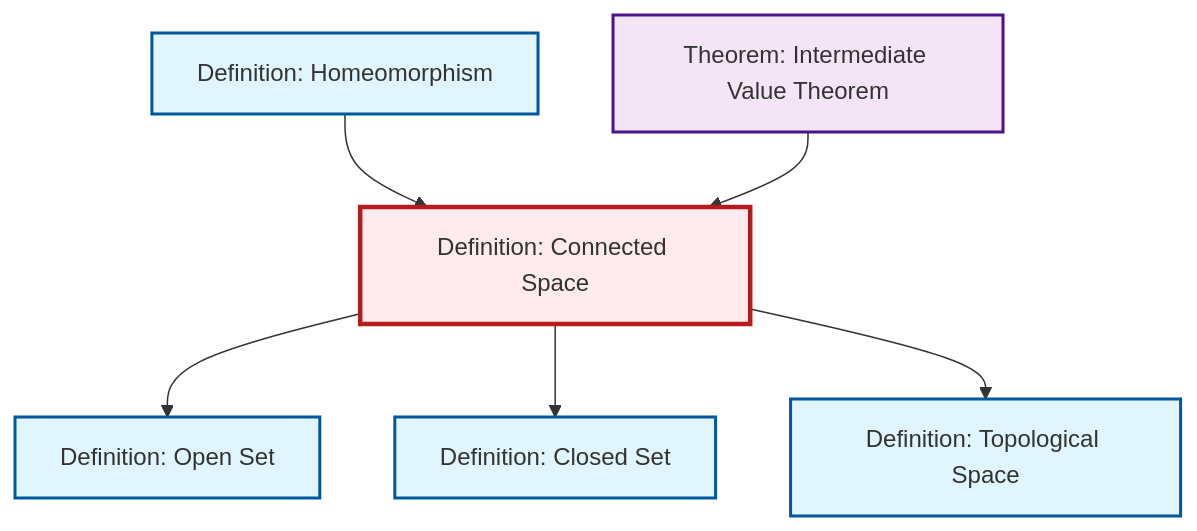
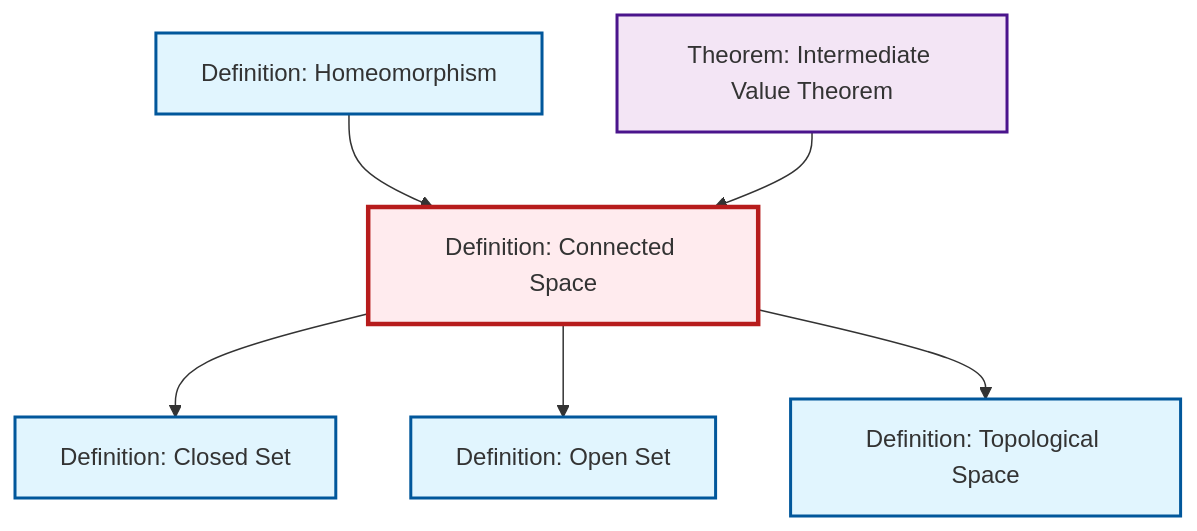
One commit to RK0429/ModernMath changed the diagram in content/en/topology/def-connected.qmd. Above: the diagram before and after it, drawn with Mermaid. The commit also changed other lines of this file and 634 other files, not shown here.

````diff
--- a/content/en/topology/def-connected.qmd
+++ b/content/en/topology/def-connected.qmd
@@ -49,26 +49,26 @@
 ```{mermaid}
 %%| fig-cap: "Local dependency graph"
 graph TD
     classDef definition fill:#e1f5fe,stroke:#01579b,stroke-width:2px
     classDef theorem fill:#f3e5f5,stroke:#4a148c,stroke-width:2px
     classDef axiom fill:#fff3e0,stroke:#e65100,stroke-width:2px
     classDef example fill:#e8f5e9,stroke:#1b5e20,stroke-width:2px
     classDef current fill:#ffebee,stroke:#b71c1c,stroke-width:3px
+    def-homeomorphism["Definition: Homeomorphism"]:::definition
+    def-topological-space["Definition: Topological Space"]:::definition
+    def-closed-set["Definition: Closed Set"]:::definition
     thm-intermediate-value["Theorem: Intermediate Value Theorem"]:::theorem
     def-open-set["Definition: Open Set"]:::definition
     def-connected["Definition: Connected Space"]:::definition
-    def-topological-space["Definition: Topological Space"]:::definition
-    def-closed-set["Definition: Closed Set"]:::definition
-    def-homeomorphism["Definition: Homeomorphism"]:::definition
+    def-homeomorphism --> def-connected
+    def-connected --> def-closed-set
     def-connected --> def-open-set
-    def-homeomorphism --> def-connected
     thm-intermediate-value --> def-connected
-    def-connected --> def-closed-set
     def-connected --> def-topological-space
     class def-connected current
+    click def-homeomorphism "def-homeomorphism.html" "Go to Homeomorphism definition"
+    click def-topological-space "def-topological-space.html" "Go to Topological Space definition"
+    click def-closed-set "def-closed-set.html" "Go to Closed Set definition"
     click thm-intermediate-value "thm-intermediate-value.html" "Go to Intermediate Value Theorem theorem"
     click def-open-set "def-open-set.html" "Go to Open Set definition"
-    click def-topological-space "def-topological-space.html" "Go to Topological Space definition"
-    click def-closed-set "def-closed-set.html" "Go to Closed Set definition"
-    click def-homeomorphism "def-homeomorphism.html" "Go to Homeomorphism definition"
 ```
````
